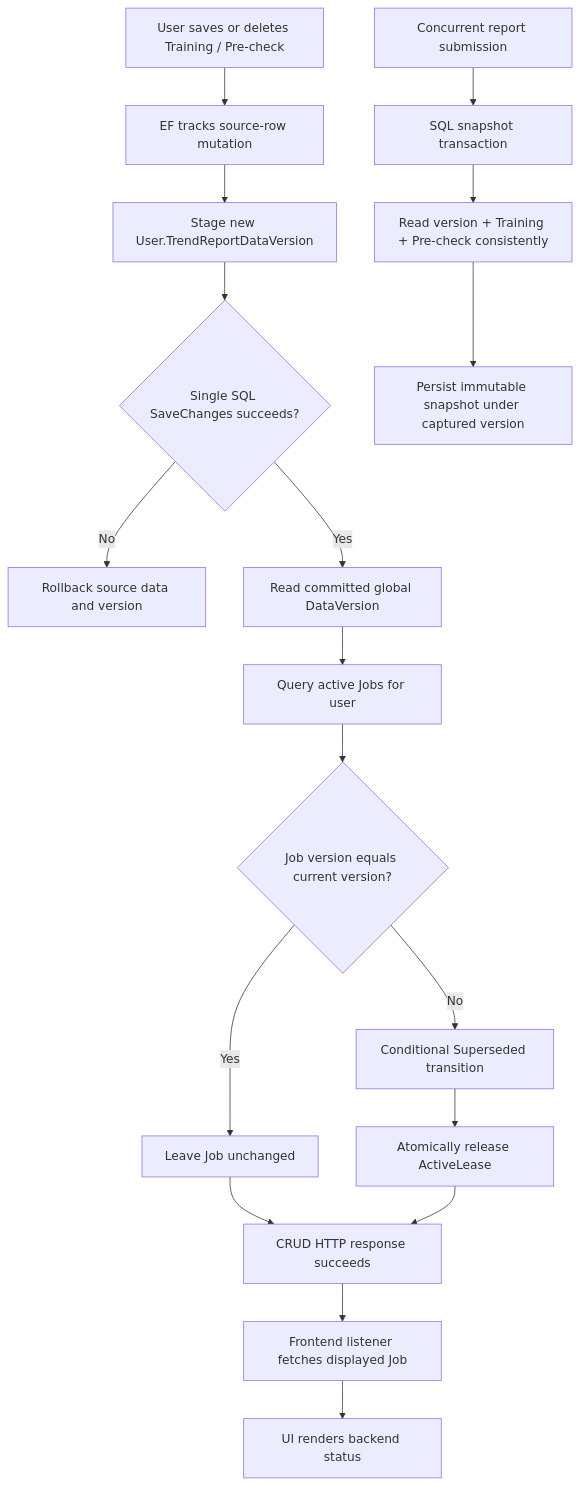
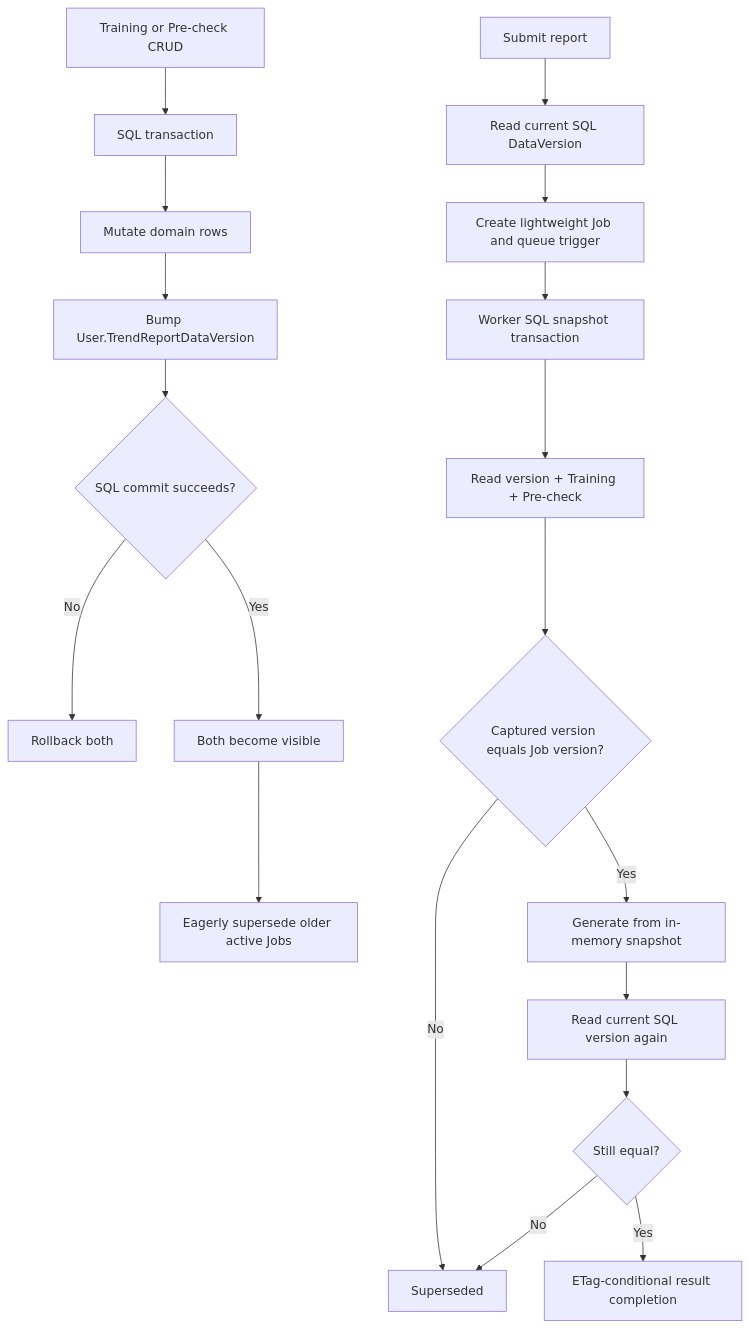
One commit to Daniel-Wei/liftBattery changed the diagram in notes/trend-report-data-version-on-crud.md. Above: the diagram before and after it, drawn with Mermaid. The commit also changed other lines of this file and 17 other files, not shown here.

Commit message:
refactor(trend-report): capture source snapshots in worker with SQL version guards

````diff
--- a/notes/trend-report-data-version-on-crud.md
+++ b/notes/trend-report-data-version-on-crud.md
@@ -179,21 +147,22 @@
 ```mermaid
 flowchart TD
-    A["User saves or deletes Training / Pre-check"] --> B["EF tracks source-row mutation"]
-    B --> C["Stage new User.TrendReportDataVersion"]
-    C --> D{"Single SQL SaveChanges succeeds?"}
-    D -- "No" --> E["Rollback source data and version"]
-    D -- "Yes" --> F["Read committed global DataVersion"]
-    F --> G["Query active Jobs for user"]
-    G --> H{"Job version equals current version?"}
-    H -- "Yes" --> I["Leave Job unchanged"]
-    H -- "No" --> J["Conditional Superseded transition"]
-    J --> K["Atomically release ActiveLease"]
-    I --> L["CRUD HTTP response succeeds"]
-    K --> L
-    L --> M["Frontend listener fetches displayed Job"]
-    M --> N["UI renders backend status"]
+    A["Training or Pre-check CRUD"] --> B["SQL transaction"]
+    B --> C["Mutate domain rows"]
+    C --> D["Bump User.TrendReportDataVersion"]
+    D --> E{"SQL commit succeeds?"}
+    E -- "No" --> F["Rollback both"]
+    E -- "Yes" --> G["Both become visible"]
+    G --> H["Eagerly supersede older active Jobs"]
 
-    O["Concurrent report submission"] --> P["SQL snapshot transaction"]
-    P --> Q["Read version + Training + Pre-check consistently"]
-    Q --> R["Persist immutable snapshot under captured version"]
+    I["Submit report"] --> J["Read current SQL DataVersion"]
+    J --> K["Create lightweight Job and queue trigger"]
+    K --> L["Worker SQL snapshot transaction"]
+    L --> M["Read version + Training + Pre-check"]
+    M --> N{"Captured version equals Job version?"}
+    N -- "No" --> O["Superseded"]
+    N -- "Yes" --> P["Generate from in-memory snapshot"]
+    P --> Q["Read current SQL version again"]
+    Q --> R{"Still equal?"}
+    R -- "No" --> O
+    R -- "Yes" --> S["ETag-conditional result completion"]
 ```
````
